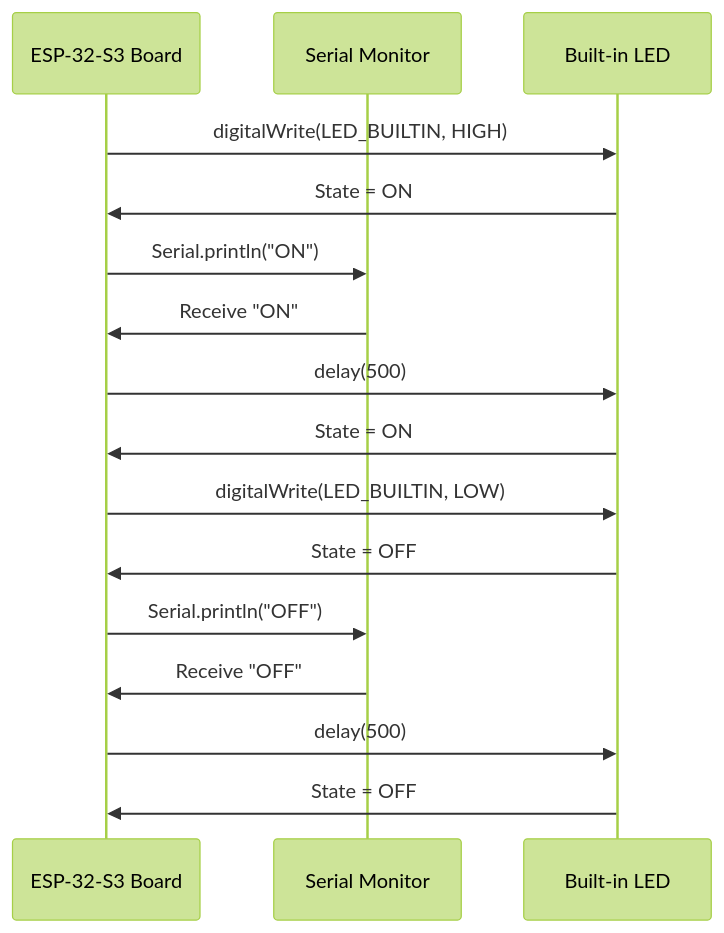
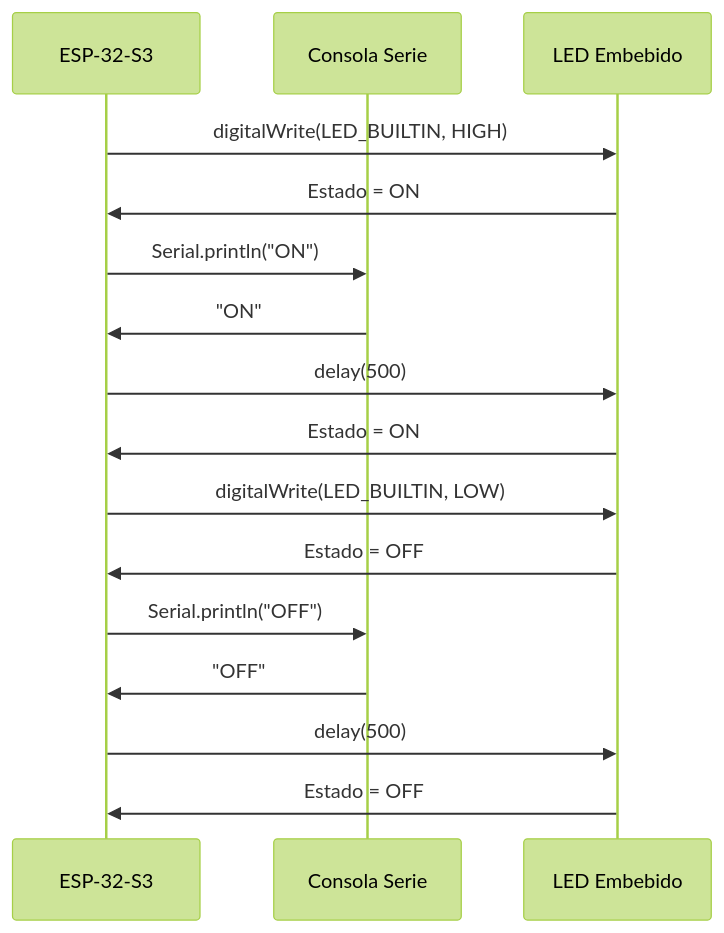
Before and after one commit to DanielMorera23/P1: the second of 4 diagrams in README.md, drawn with Mermaid (forest theme). The commit also changed other lines of this file, not shown here.

````diff
--- a/README.md
+++ b/README.md
@@ -189,18 +192,18 @@
 ```mermaid
 sequenceDiagram
-    participant Arduino as ESP-32-S3 Board
-    participant Serial as Serial Monitor
-    participant LED as Built-in LED
-    Arduino->>LED: digitalWrite(LED_BUILTIN, HIGH)
-    LED->>Arduino: State = ON
-    Arduino->>Serial: Serial.println("ON")
-    Serial->>Arduino: Receive "ON"
-    Arduino->>LED: delay(500)
-    LED->>Arduino: State = ON
-    Arduino->>LED: digitalWrite(LED_BUILTIN, LOW)
-    LED->>Arduino: State = OFF
-    Arduino->>Serial: Serial.println("OFF")
-    Serial->>Arduino: Receive "OFF"
-    Arduino->>LED: delay(500)
-    LED->>Arduino: State = OFF
+    participant ESP32 as ESP-32-S3
+    participant Serie as Consola Serie
+    participant LED as LED Embebido
+    ESP32->>LED: digitalWrite(LED_BUILTIN, HIGH)
+    LED->>ESP32: Estado = ON
+    ESP32->>Serie: Serial.println("ON")
+    Serie->>ESP32: "ON"
+    ESP32->>LED: delay(500)
+    LED->>ESP32: Estado = ON
+    ESP32->>LED: digitalWrite(LED_BUILTIN, LOW)
+    LED->>ESP32: Estado = OFF
+    ESP32->>Serie: Serial.println("OFF")
+    Serie->>ESP32: "OFF"
+    ESP32->>LED: delay(500)
+    LED->>ESP32: Estado = OFF
 ```
````
